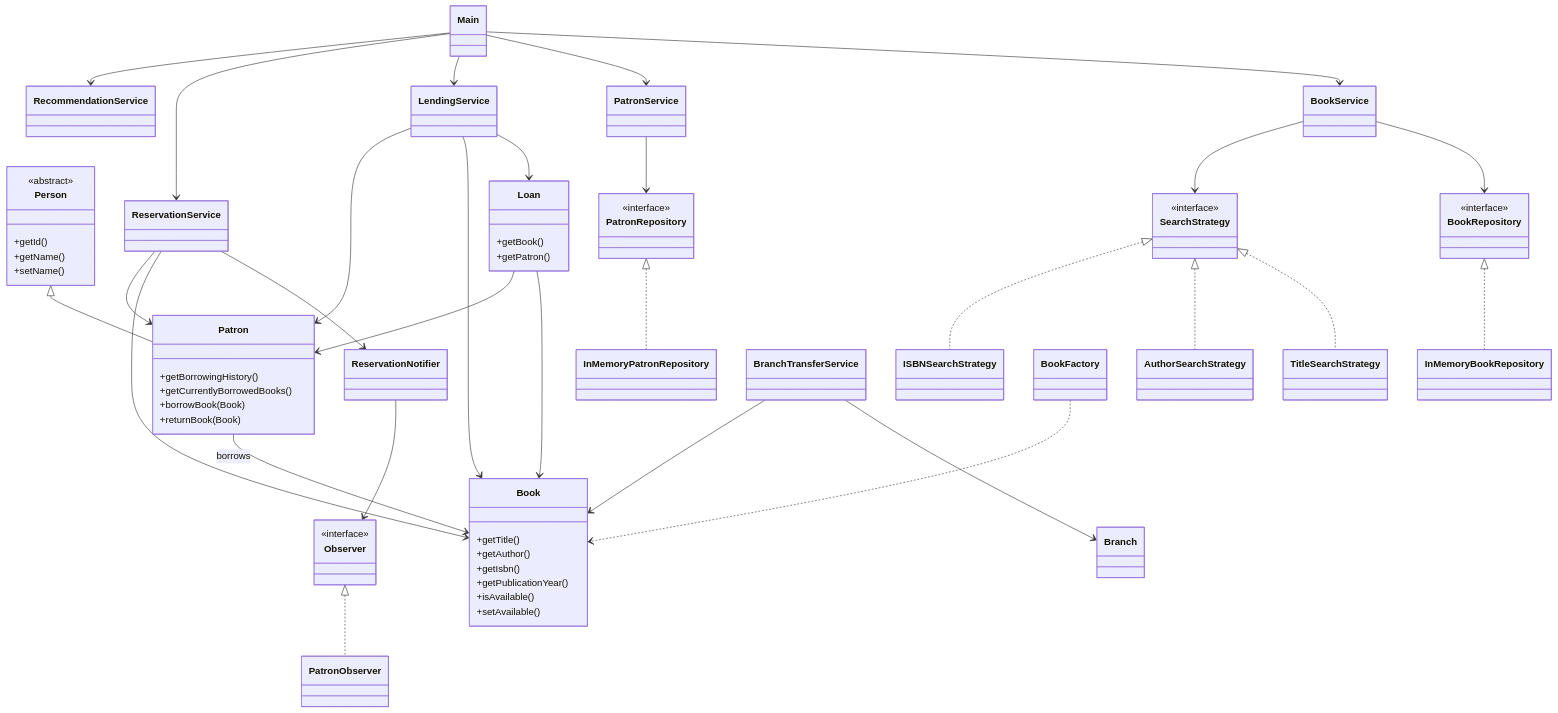
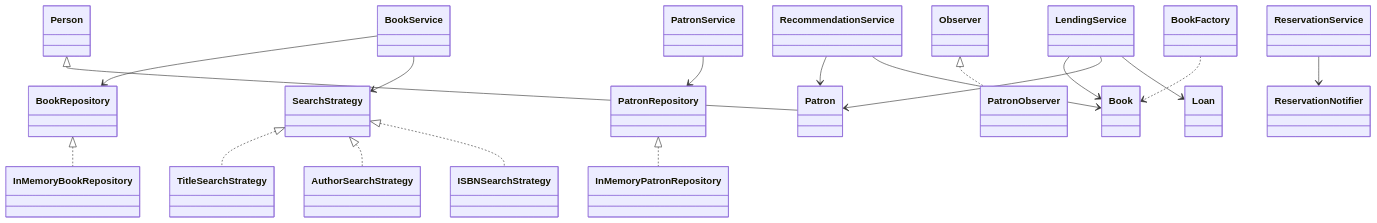
The diagram in README.md (AmritNalam/LibraryManagementSystem), drawn with Mermaid before and after one commit. The commit also changed other lines of this file, not shown here.

````diff
--- a/README.md
+++ b/README.md
@@ -307,137 +309,58 @@
 ```mermaid
 classDiagram
 
-%% =====================
-%% MODELS
-%% =====================
-
-class Person {
-    <<abstract>>
-    +getId()
-    +getName()
-    +setName()
-}
-
-class Patron {
-    +getBorrowingHistory()
-    +getCurrentlyBorrowedBooks()
-    +borrowBook(Book)
-    +returnBook(Book)
-}
-
-class Book {
-    +getTitle()
-    +getAuthor()
-    +getIsbn()
-    +getPublicationYear()
-    +isAvailable()
-    +setAvailable()
-}
-
-class Loan {
-    +getBook()
-    +getPatron()
-}
-
-class Branch
-
 Person <|-- Patron
-Patron --> Book : borrows
-Loan --> Book
-Loan --> Patron
-
-%% =====================
-%% REPOSITORIES
-%% =====================
-
-class BookRepository {
-    <<interface>>
-}
-
-class PatronRepository {
-    <<interface>>
-}
-
-class InMemoryBookRepository
-class InMemoryPatronRepository
 
 BookRepository <|.. InMemoryBookRepository
 PatronRepository <|.. InMemoryPatronRepository
-
-%% =====================
-%% STRATEGY PATTERN
-%% =====================
-
-class SearchStrategy {
-    <<interface>>
-}
-
-class TitleSearchStrategy
-class AuthorSearchStrategy
-class ISBNSearchStrategy
 
 SearchStrategy <|.. TitleSearchStrategy
 SearchStrategy <|.. AuthorSearchStrategy
 SearchStrategy <|.. ISBNSearchStrategy
 
-%% =====================
-%% SERVICES
-%% =====================
+Observer <|.. PatronObserver
+
+BookService --> BookRepository
+BookService --> SearchStrategy
+
+PatronService --> PatronRepository
+
+LendingService --> Book
+LendingService --> Patron
+LendingService --> Loan
+
+ReservationService --> ReservationNotifier
+
+RecommendationService --> Patron
+RecommendationService --> Book
+
+BookFactory ..> Book
+
+class Person
+class Patron
+class Book
+class Loan
+
+class BookRepository
+class PatronRepository
+
+class InMemoryBookRepository
+class InMemoryPatronRepository
 
 class BookService
 class PatronService
 class LendingService
 class ReservationService
 class RecommendationService
-class BranchTransferService
 
-BookService --> BookRepository
-BookService --> SearchStrategy
+class SearchStrategy
+class TitleSearchStrategy
+class AuthorSearchStrategy
+class ISBNSearchStrategy
 
-PatronService --> PatronRepository
-
-LendingService --> Loan
-LendingService --> Book
-LendingService --> Patron
-
-ReservationService --> ReservationNotifier
-ReservationService --> Book
-ReservationService --> Patron
-
-BranchTransferService --> Branch
-BranchTransferService --> Book
-
-%% =====================
-%% OBSERVER PATTERN
-%% =====================
-
-class Observer {
-    <<interface>>
-}
-
+class Observer
 class PatronObserver
 class ReservationNotifier
 
-Observer <|.. PatronObserver
-ReservationNotifier --> Observer
-
-%% =====================
-%% FACTORY PATTERN
-%% =====================
-
 class BookFactory
-
-BookFactory ..> Book
-
-%% =====================
-%% APPLICATION ENTRY
-%% =====================
-
-class Main
-
-Main --> BookService
-Main --> PatronService
-Main --> LendingService
-Main --> ReservationService
-Main --> RecommendationService
 ```
````
